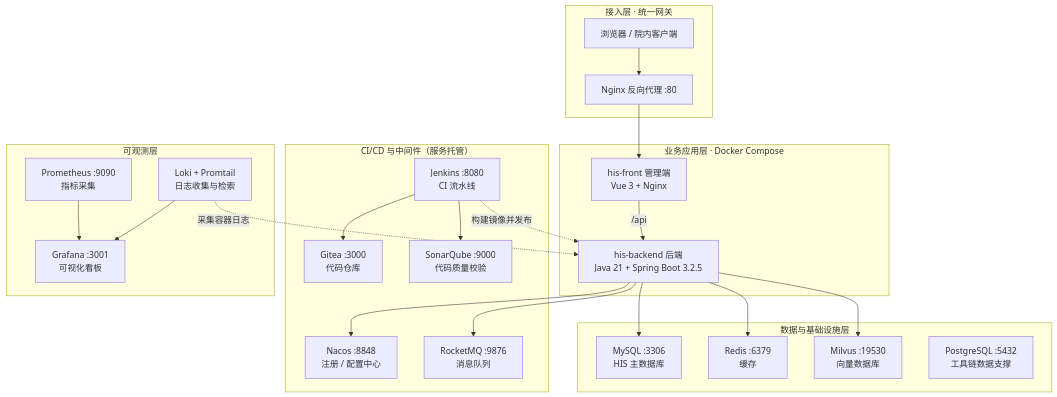
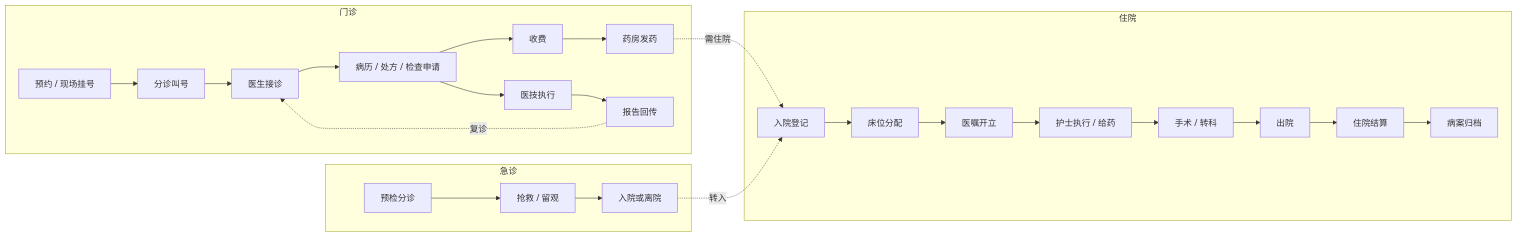
One commit to cslaochai/cslkhis changed the first of 2 diagrams in README.md. Above: the diagram before and after it, drawn with Mermaid. The commit also changed other lines of this file and 185 other files, not shown here.

````diff
--- a/README.md
+++ b/README.md
@@ -170,40 +61,27 @@
 ```mermaid
-flowchart TB
-    subgraph L0["接入层 · 统一网关"]
-        USR["浏览器 / 院内客户端"] --> NGX["Nginx 反向代理 :80"]
+flowchart LR
+    subgraph OPD["门诊"]
+        A1["预约 / 现场挂号"] --> A2["分诊叫号"] --> A3["医生接诊"]
+        A3 --> A4["病历 / 处方 / 检查申请"]
+        A4 --> A5["收费"]
+        A5 --> A6["药房发药"]
+        A4 --> A7["医技执行"]
+        A7 --> A8["报告回传"]
     end
 
-    subgraph L1["业务应用层 · Docker Compose"]
-        NGX --> FRONT["his-front 管理端<br/>Vue 3 + Nginx"]
-        FRONT -- "/api" --> BACK["his-backend 后端<br/>Java 21 + Spring Boot 3.2.5"]
+    subgraph IPD["住院"]
+        B1["入院登记"] --> B2["床位分配"] --> B3["医嘱开立"]
+        B3 --> B4["护士执行 / 给药"]
+        B4 --> B5["手术 / 转科"]
+        B5 --> B6["出院"]
+        B6 --> B7["住院结算"] --> B8["病案归档"]
     end
 
-    subgraph L2["CI/CD 与中间件（服务托管）"]
-        GIT["Gitea :3000<br/>代码仓库"]
-        JENK["Jenkins :8080<br/>CI 流水线"]
-        SONAR["SonarQube :9000<br/>代码质量校验"]
-        NACOS["Nacos :8848<br/>注册 / 配置中心"]
-        MQ["RocketMQ :9876<br/>消息队列"]
+    subgraph EMG["急诊"]
+        C1["预检分诊"] --> C2["抢救 / 留观"] --> C3["入院或离院"]
     end
 
-    subgraph L3["数据与基础设施层"]
-        MYSQL["MySQL :3306<br/>HIS 主数据库"]
-        REDIS["Redis :6379<br/>缓存"]
-        MILVUS["Milvus :19530<br/>向量数据库"]
-        PG["PostgreSQL :5432<br/>工具链数据支撑"]
-    end
-
-    subgraph L4["可观测层"]
-        PROM["Prometheus :9090<br/>指标采集"]
-        GRAFANA["Grafana :3001<br/>可视化看板"]
-        LOKI["Loki + Promtail<br/>日志收集与检索"]
-    end
-
-    BACK --> MYSQL & REDIS & MQ & NACOS & MILVUS
-    JENK --> GIT
-    JENK --> SONAR
-    JENK -. "构建镜像并发布" .-> BACK
-    LOKI -. "采集容器日志" .-> BACK
-    PROM --> GRAFANA
-    LOKI --> GRAFANA
+    A6 -. 需住院 .-> B1
+    A8 -. 复诊 .-> A3
+    C3 -. 转入 .-> B1
 ```
````
